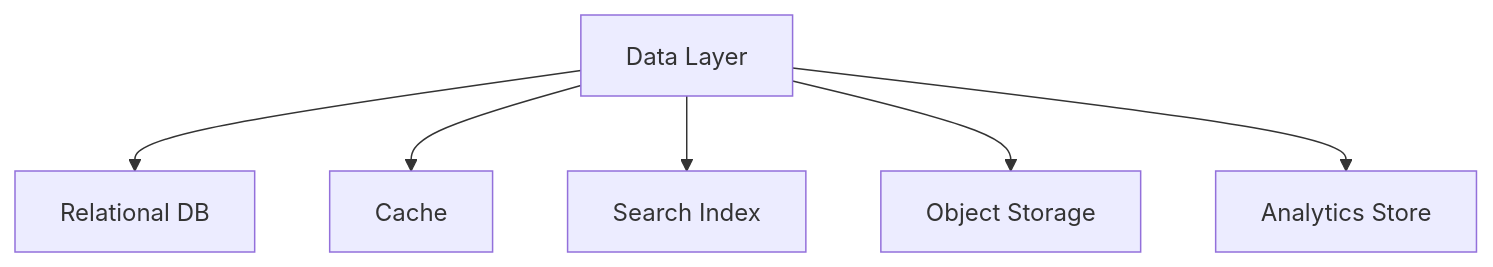
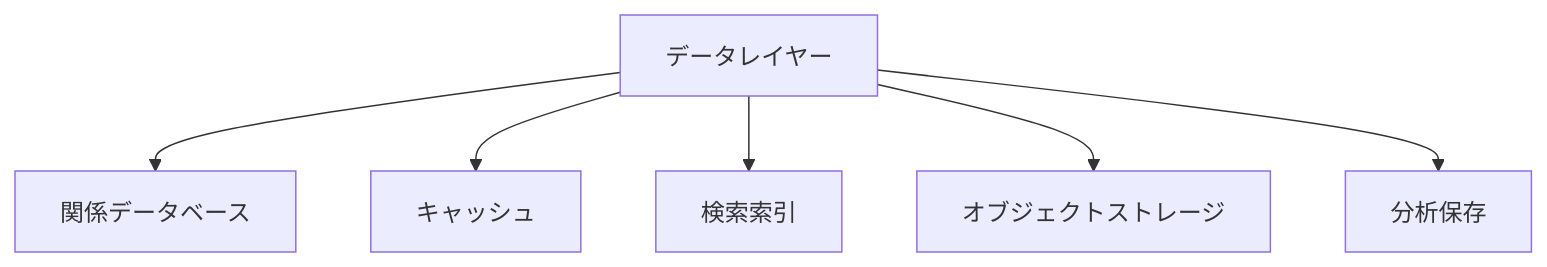
The tenth of 47 diagrams in docs/whitepaper/12-infrastructure-cost.md (ShigeichiroYamasaki/creator-first-platform), drawn with Mermaid before and after one commit. The commit also changed other lines of this file and 72 other files, not shown here.

````diff
--- a/docs/whitepaper/12-infrastructure-cost.md
+++ b/docs/whitepaper/12-infrastructure-cost.md
@@ -395,10 +395,10 @@
 ```mermaid
 flowchart TD
-    DATA[Data Layer]
+    DATA[データレイヤー]
 
-    DATA --> SQL[Relational DB]
-    DATA --> CACHE[Cache]
-    DATA --> SEARCH[Search Index]
-    DATA --> OBJECT[Object Storage]
-    DATA --> ANALYTICS[Analytics Store]
+    DATA --> SQL[関係データベース]
+    DATA --> CACHE[キャッシュ]
+    DATA --> SEARCH[検索索引]
+    DATA --> OBJECT[オブジェクトストレージ]
+    DATA --> ANALYTICS[分析保存]
 ```
````
